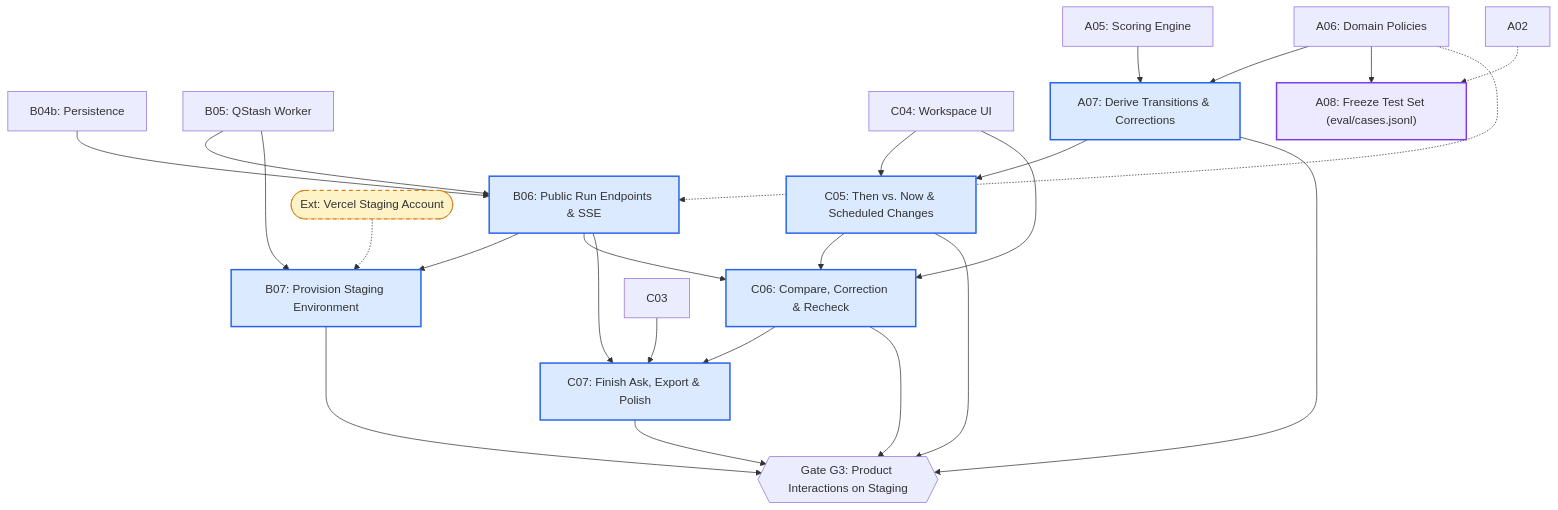
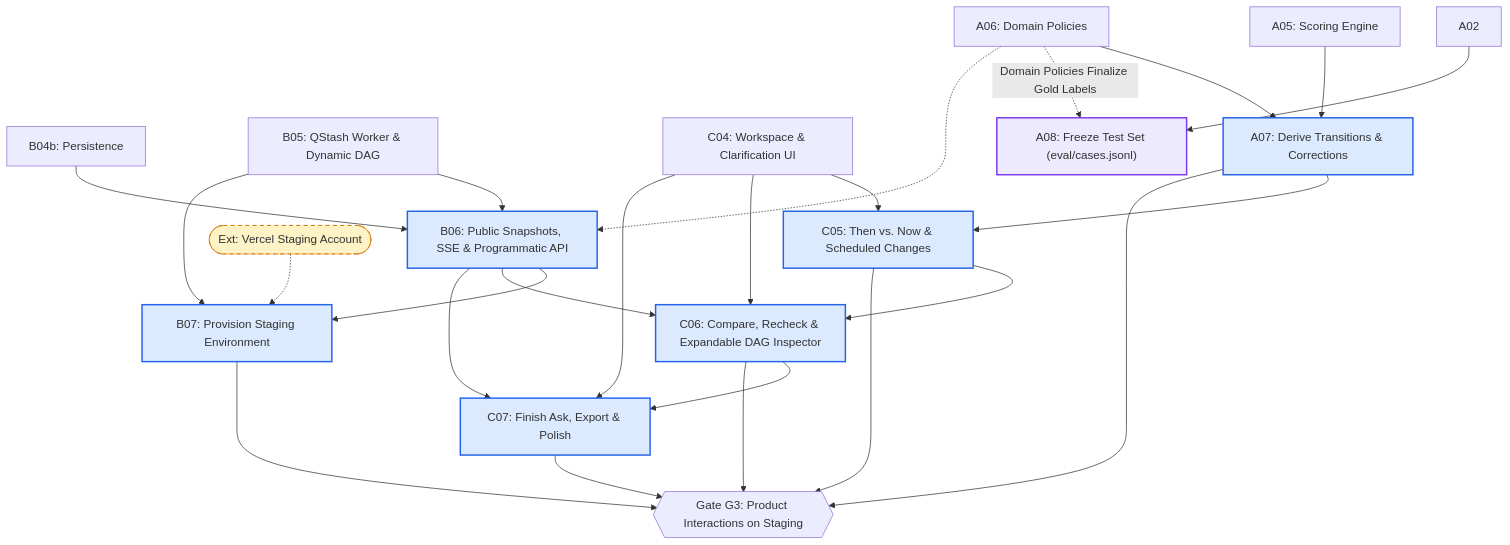
The fifth of 6 diagrams in docs/PARALLEL-WORK-PLAN.md (Driftaxe/Afterfact), drawn with Mermaid before and after one commit. The commit also changed other lines of this file and 1 other file, not shown here.

````diff
--- a/docs/PARALLEL-WORK-PLAN.md
+++ b/docs/PARALLEL-WORK-PLAN.md
@@ -278,57 +301,57 @@
 ```mermaid
 flowchart TD
     classDef unblocked fill:#dbeafe,stroke:#2563eb,stroke-width:2px;
     classDef partial fill:#ede9fe,stroke:#7c3aed,stroke-width:2px;
     classDef external fill:#fef3c7,stroke:#d97706,stroke-width:1px,stroke-dasharray: 5 5;
 
     A05["A05: Scoring Engine"]
     A06["A06: Domain Policies"]
     B04b["B04b: Persistence"]
-    B05["B05: QStash Worker"]
-    C04["C04: Workspace UI"]
+    B05["B05: QStash Worker & Dynamic DAG"]
+    C04["C04: Workspace & Clarification UI"]
 
     A07["A07: Derive Transitions & Corrections"]:::unblocked
     A08["A08: Freeze Test Set (eval/cases.jsonl)"]:::partial
 
-    B06["B06: Public Run Endpoints & SSE"]:::unblocked
+    B06["B06: Public Snapshots, SSE & Programmatic API"]:::unblocked
 
     VercelStaging(["Ext: Vercel Staging Account"]):::external
     B07["B07: Provision Staging Environment"]:::unblocked
 
     C05["C05: Then vs. Now & Scheduled Changes"]:::unblocked
-    C06["C06: Compare, Correction & Recheck"]:::unblocked
+    C06["C06: Compare, Recheck & Expandable DAG Inspector"]:::unblocked
     C07["C07: Finish Ask, Export & Polish"]:::unblocked
 
     GateG3{{"Gate G3: Product Interactions on Staging"}}
 
     A05 --> A07
     A06 --> A07
 
-    A02 -.-> A08
-    A06 --> A08
+    A02 --> A08
+    A06 -.->|Domain Policies Finalize Gold Labels| A08
 
     B04b --> B06
     B05 --> B06
     A06 -.-> B06
 
     B05 --> B07
     B06 --> B07
     VercelStaging -.-> B07
 
     C04 --> C05
     A07 --> C05
 
     C04 --> C06
     C05 --> C06
     B06 --> C06
 
     B06 --> C07
-    C03 --> C07
+    C04 --> C07
     C06 --> C07
 
     A07 --> GateG3
     B07 --> GateG3
     C05 --> GateG3
     C06 --> GateG3
     C07 --> GateG3
 ```
````
